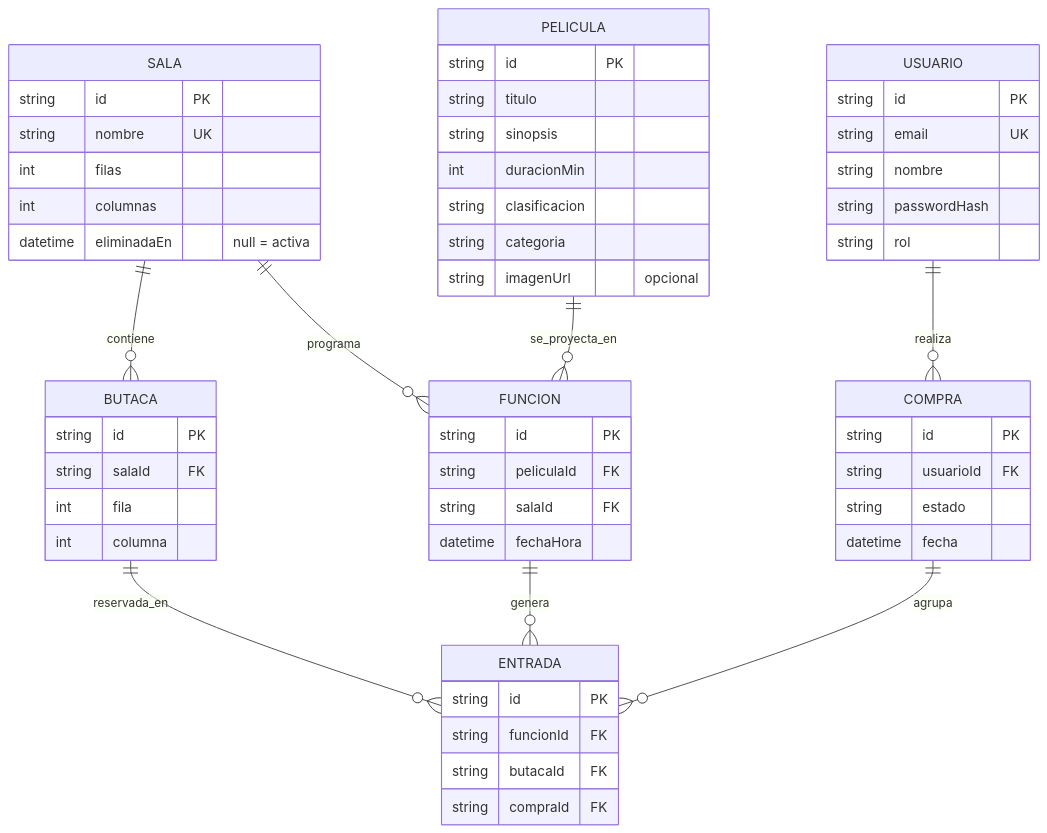
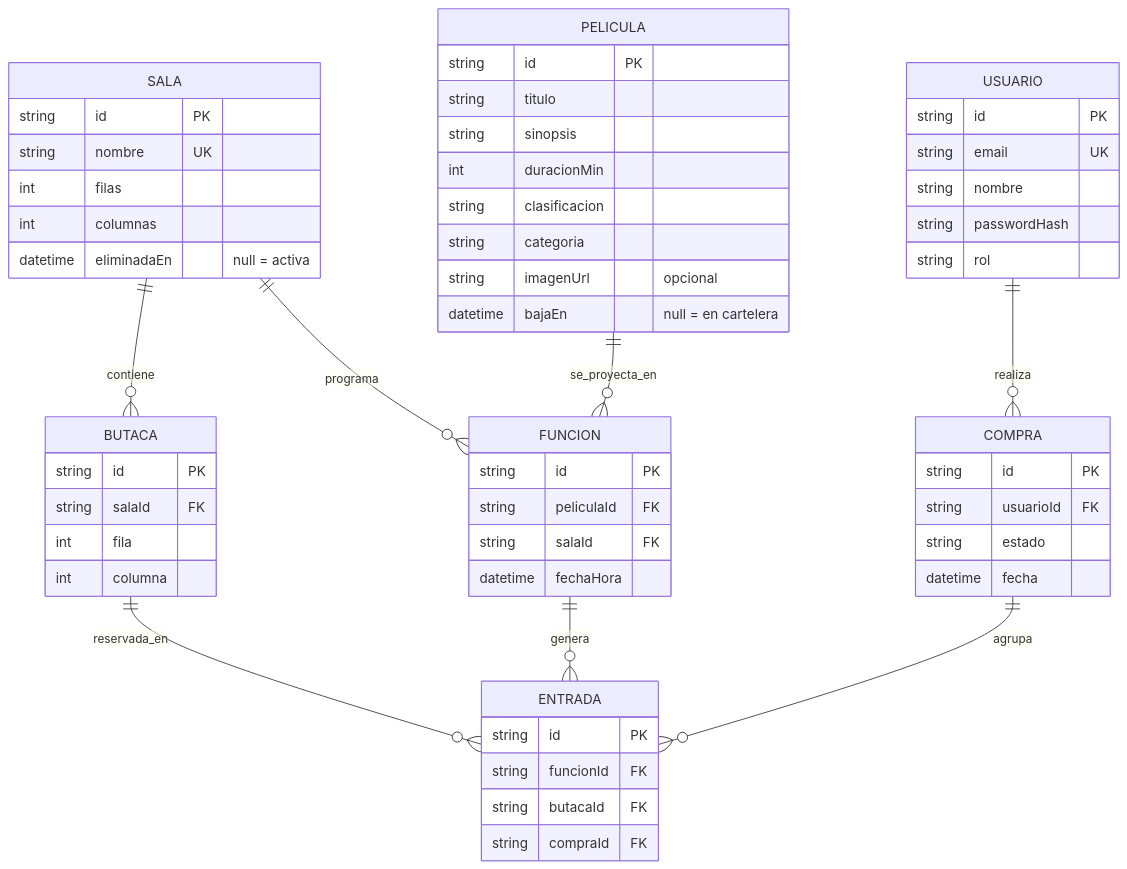
Before and after one commit to NachoCainelli/Cinema-MDW-2026: the diagram in docs/diagrama-entidades.md, drawn with Mermaid. The commit also changed 2 other files, not shown here.

Commit message:
mod: permitir baja lógica de las peliculas

````diff
--- a/docs/diagrama-entidades.md
+++ b/docs/diagrama-entidades.md
@@ -3,58 +3,59 @@
 ```mermaid
 erDiagram
     USUARIO ||--o{ COMPRA : realiza
     SALA ||--o{ BUTACA : contiene
     SALA ||--o{ FUNCION : programa
     PELICULA ||--o{ FUNCION : se_proyecta_en
     FUNCION ||--o{ ENTRADA : genera
     BUTACA ||--o{ ENTRADA : reservada_en
     COMPRA ||--o{ ENTRADA : agrupa
 
     USUARIO {
         string id PK
         string email UK
         string nombre
         string passwordHash
         string rol
     }
     SALA {
         string id PK
         string nombre UK
         int filas
         int columnas
         datetime eliminadaEn "null = activa"
     }
     BUTACA {
         string id PK
         string salaId FK
         int fila
         int columna
     }
     PELICULA {
         string id PK
         string titulo
         string sinopsis
         int duracionMin
         string clasificacion
         string categoria
         string imagenUrl "opcional"
+        datetime bajaEn "null = en cartelera"
     }
     FUNCION {
         string id PK
         string peliculaId FK
         string salaId FK
         datetime fechaHora
     }
     COMPRA {
         string id PK
         string usuarioId FK
         string estado
         datetime fecha
     }
     ENTRADA {
         string id PK
         string funcionId FK
         string butacaId FK
         string compraId FK
     }
 ```
````
